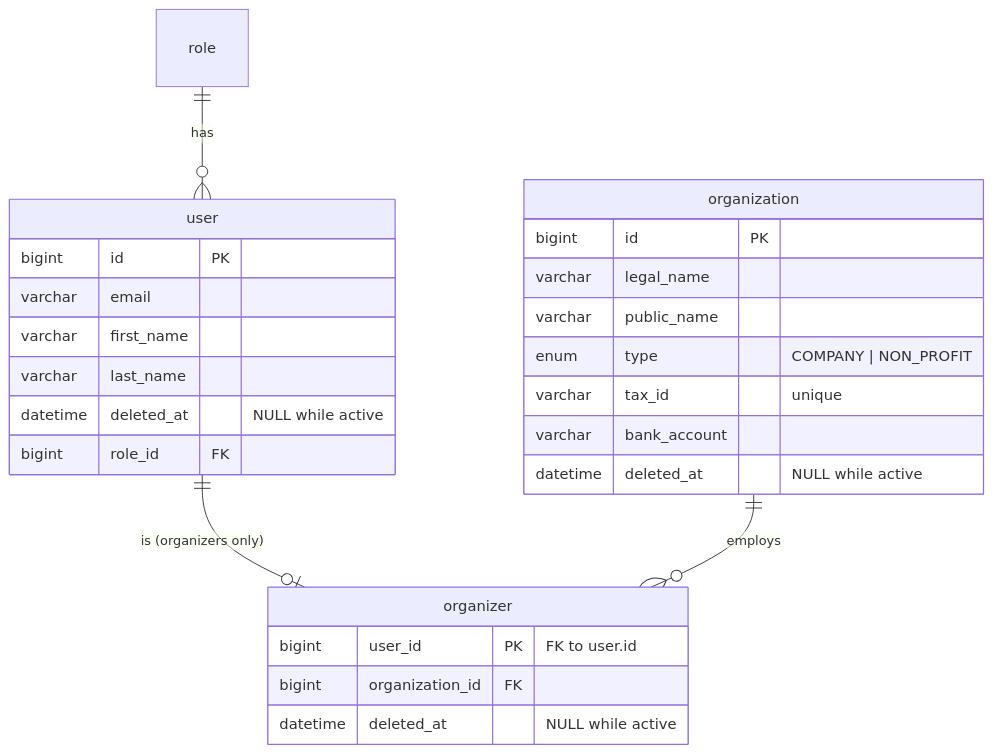
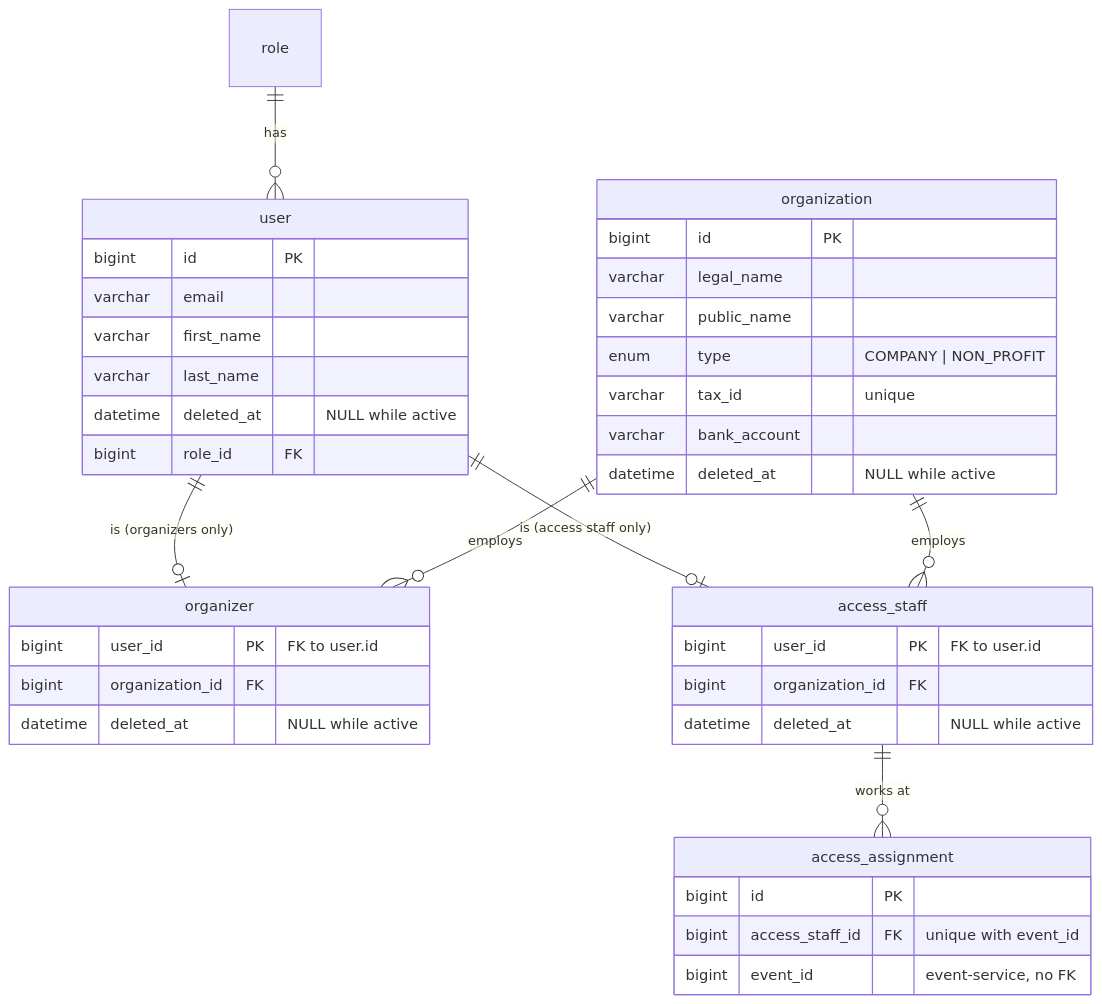
One commit to joaquinblock/TicketYa changed the diagram in docs/architecture/auth-service.md. Above: the diagram before and after it, drawn with Mermaid. The commit also changed other lines of this file and 6 other files, not shown here.

````diff
--- a/docs/architecture/auth-service.md
+++ b/docs/architecture/auth-service.md
@@ -7,29 +7,42 @@
 ```mermaid
 erDiagram
     role ||--o{ user : "has"
     user ||--o| organizer : "is (organizers only)"
     organization ||--o{ organizer : "employs"
+    user ||--o| access_staff : "is (access staff only)"
+    organization ||--o{ access_staff : "employs"
+    access_staff ||--o{ access_assignment : "works at"
 
     user {
         bigint id PK
         varchar email
         varchar first_name
         varchar last_name
         datetime deleted_at "NULL while active"
         bigint role_id FK
     }
     organization {
         bigint id PK
         varchar legal_name
         varchar public_name
         enum type "COMPANY | NON_PROFIT"
         varchar tax_id "unique"
         varchar bank_account
         datetime deleted_at "NULL while active"
     }
     organizer {
         bigint user_id PK "FK to user.id"
         bigint organization_id FK
         datetime deleted_at "NULL while active"
     }
+    access_staff {
+        bigint user_id PK "FK to user.id"
+        bigint organization_id FK
+        datetime deleted_at "NULL while active"
+    }
+    access_assignment {
+        bigint id PK
+        bigint access_staff_id FK "unique with event_id"
+        bigint event_id "event-service, no FK"
+    }
 ```
````
